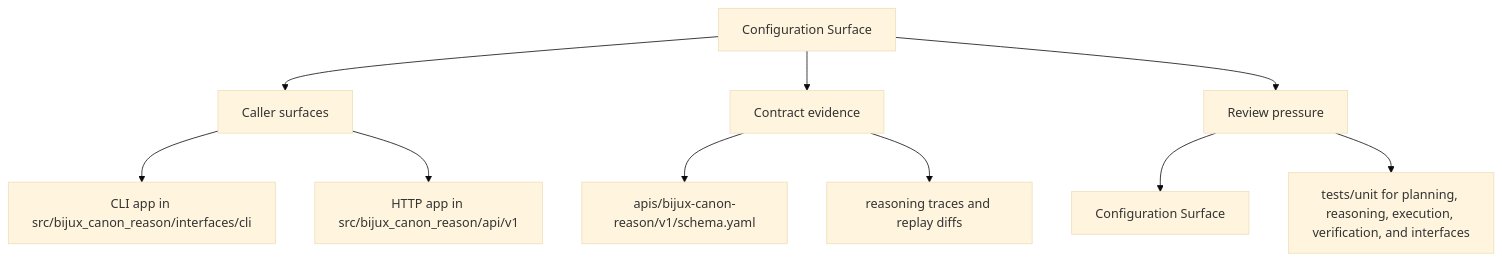
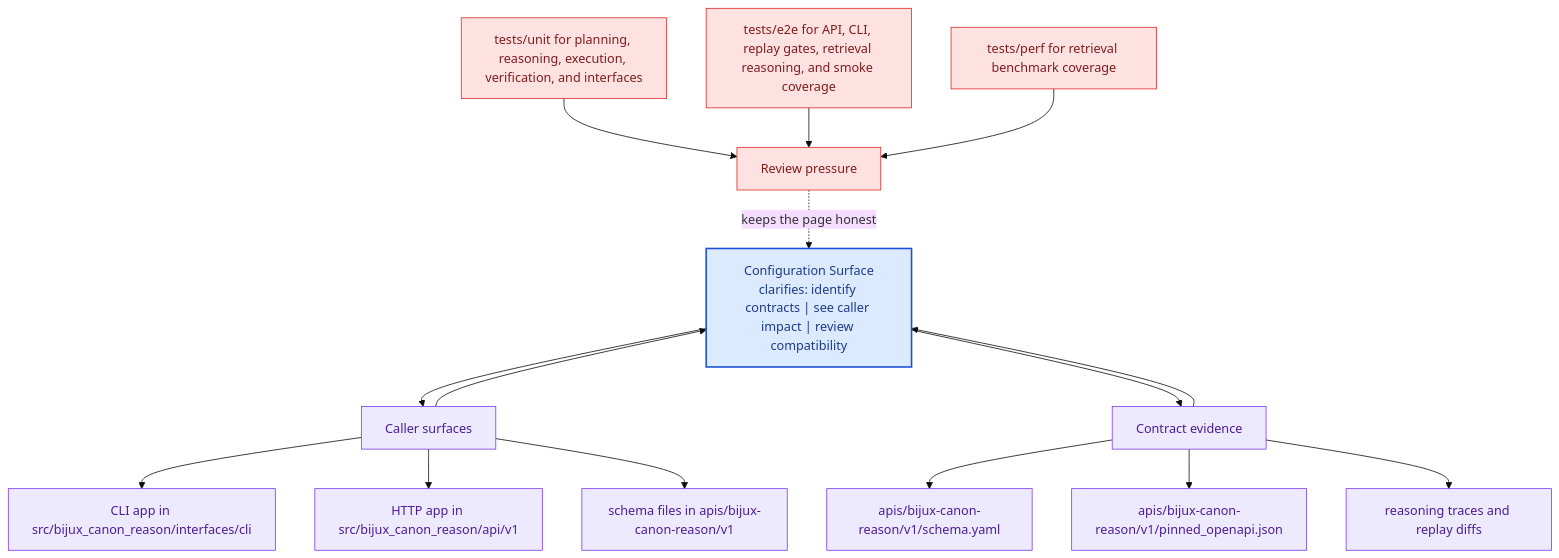
The second of 2 diagrams in docs/bijux-canon-reason/interfaces/configuration-surface.md (bijux/bijux-canon), drawn with Mermaid (base theme) before and after one commit. The commit also changed other lines of this file and 281 other files, not shown here.

Commit message:
docs(diagrams): deepen handbook mermaid maps across the catalog

````diff
--- a/docs/bijux-canon-reason/interfaces/configuration-surface.md
+++ b/docs/bijux-canon-reason/interfaces/configuration-surface.md
@@ -35,22 +68,41 @@
 ```mermaid
-flowchart TD
-    page["Configuration Surface"]
+flowchart TB
+    promise["Configuration Surface<br/>clarifies: identify contracts | see caller impact | review compatibility"]
+    classDef promise fill:#dbeafe,stroke:#1d4ed8,color:#1e3a8a,stroke-width:2px;
+    classDef driver fill:#dcfce7,stroke:#16a34a,color:#14532d;
+    classDef constraint fill:#fee2e2,stroke:#dc2626,color:#7f1d1d;
+    classDef ground fill:#ede9fe,stroke:#7c3aed,color:#4c1d95;
     focus1["Caller surfaces"]
-    page --> focus1
+    focus1 --> promise
+    promise --> focus1
     focus1_1["CLI app in src/bijux_canon_reason/interfaces/cli"]
     focus1 --> focus1_1
     focus1_2["HTTP app in src/bijux_canon_reason/api/v1"]
     focus1 --> focus1_2
+    focus1_3["schema files in apis/bijux-canon-reason/v1"]
+    focus1 --> focus1_3
+    class focus1 ground;
+    class focus1_1,focus1_2,focus1_3 ground;
     focus2["Contract evidence"]
-    page --> focus2
+    focus2 --> promise
+    promise --> focus2
     focus2_1["apis/bijux-canon-reason/v1/schema.yaml"]
     focus2 --> focus2_1
-    focus2_2["reasoning traces and replay diffs"]
+    focus2_2["apis/bijux-canon-reason/v1/pinned_openapi.json"]
     focus2 --> focus2_2
+    focus2_3["reasoning traces and replay diffs"]
+    focus2 --> focus2_3
+    class focus2 ground;
+    class focus2_1,focus2_2,focus2_3 ground;
     focus3["Review pressure"]
-    page --> focus3
-    focus3_1["Configuration Surface"]
-    focus3 --> focus3_1
-    focus3_2["tests/unit for planning, reasoning, execution, verification, and interfaces"]
-    focus3 --> focus3_2
+    focus3 -.keeps the page honest.-> promise
+    focus3_1["tests/unit for planning, reasoning, execution, verification, and interfaces"]
+    focus3_1 --> focus3
+    focus3_2["tests/e2e for API, CLI, replay gates, retrieval reasoning, and smoke coverage"]
+    focus3_2 --> focus3
+    focus3_3["tests/perf for retrieval benchmark coverage"]
+    focus3_3 --> focus3
+    class focus3 constraint;
+    class focus3_1,focus3_2,focus3_3 constraint;
+    class promise promise;
 ```
````
